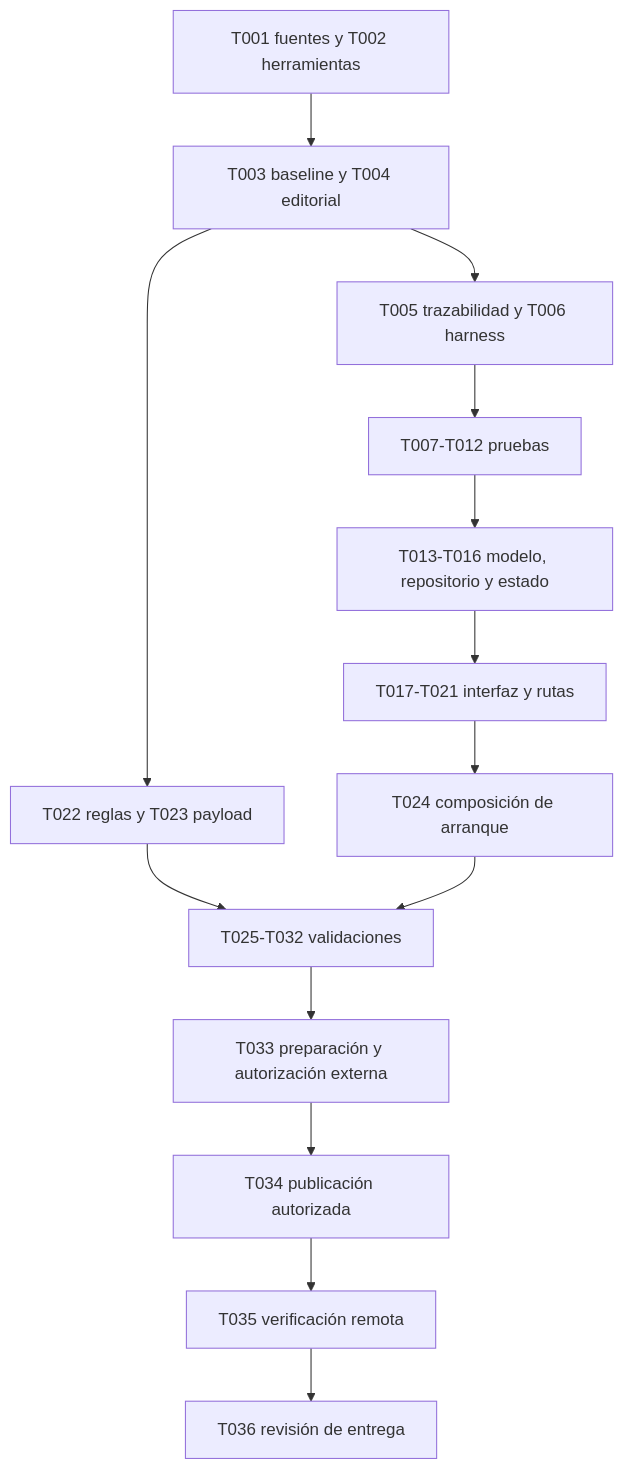
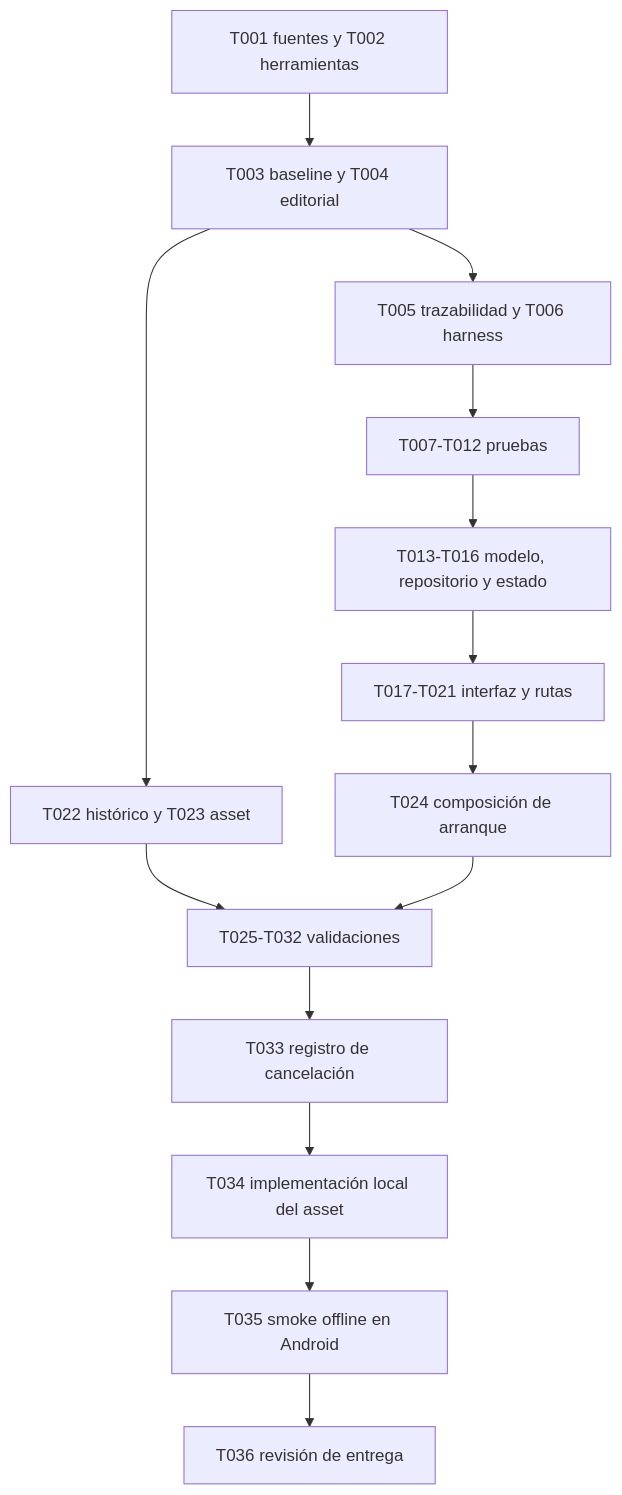
One commit to privaa01/apppriva changed the diagram in specs/004-tips-educativos/tasks.md. Above: the diagram before and after it, drawn with Mermaid. The commit also changed other lines of this file and 37 other files, not shown here.

````diff
--- a/specs/004-tips-educativos/tasks.md
+++ b/specs/004-tips-educativos/tasks.md
@@ -91,16 +93,16 @@
 ```mermaid
 flowchart TD
     S[T001 fuentes y T002 herramientas] --> B[T003 baseline y T004 editorial]
     B --> F[T005 trazabilidad y T006 harness]
     F --> UT[T007-T012 pruebas]
     UT --> M[T013-T016 modelo, repositorio y estado]
     M --> UI[T017-T021 interfaz y rutas]
-    B --> D[T022 reglas y T023 payload]
+    B --> D[T022 histórico y T023 asset]
     UI --> BO[T024 composición de arranque]
     D --> V[T025-T032 validaciones]
     BO --> V
-    V --> P[T033 preparación y autorización externa]
-    P --> DEP[T034 publicación autorizada]
-    DEP --> SM[T035 verificación remota]
+    V --> P[T033 registro de cancelación]
+    P --> DEP[T034 implementación local del asset]
+    DEP --> SM[T035 smoke offline en Android]
     SM --> C[T036 revisión de entrega]
 ```
````
